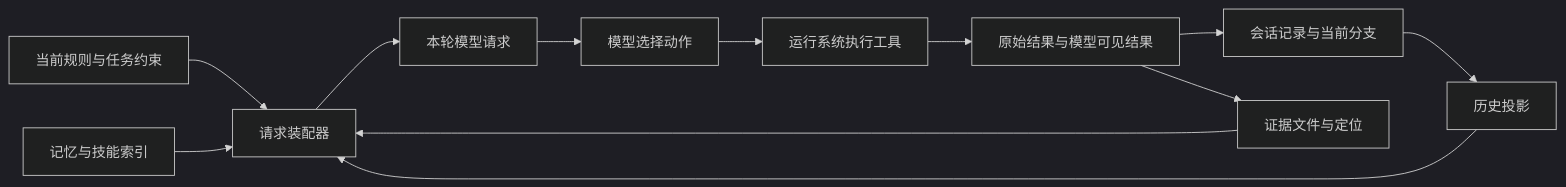
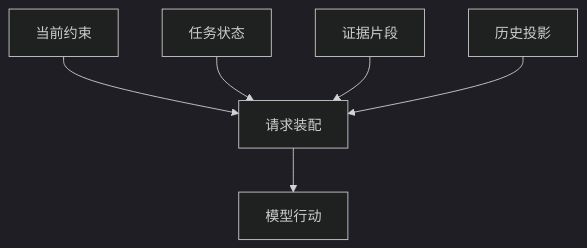
The diagram in book/13-context-and-defaults.md (Mar-garet/agent-book), drawn with Mermaid (dark theme) before and after one commit. The commit also changed other lines of this file and 47 other files, not shown here.

````diff
--- a/book/13-context-and-defaults.md
+++ b/book/13-context-and-defaults.md
@@ -22,15 +19,9 @@
 ```mermaid
-%% 图 1：上下文由多种来源装配，工具结果再回到下一轮
-flowchart LR
-    R[当前规则与任务约束] --> A[请求装配器]
-    H[会话记录与当前分支] --> P[历史投影]
-    P --> A
-    K[记忆与技能索引] --> A
-    D[证据文件与定位] --> A
-    A --> Q[本轮模型请求]
-    Q --> M[模型选择动作]
-    M --> T[运行系统执行工具]
-    T --> O[原始结果与模型可见结果]
-    O --> H
-    O --> D
+%% 不同来源进入一次模型请求
+flowchart TD
+    A[当前约束] --> E[请求装配]
+    B[任务状态] --> E
+    C[证据片段] --> E
+    D[历史投影] --> E
+    E --> F[模型行动]
 ```
````
